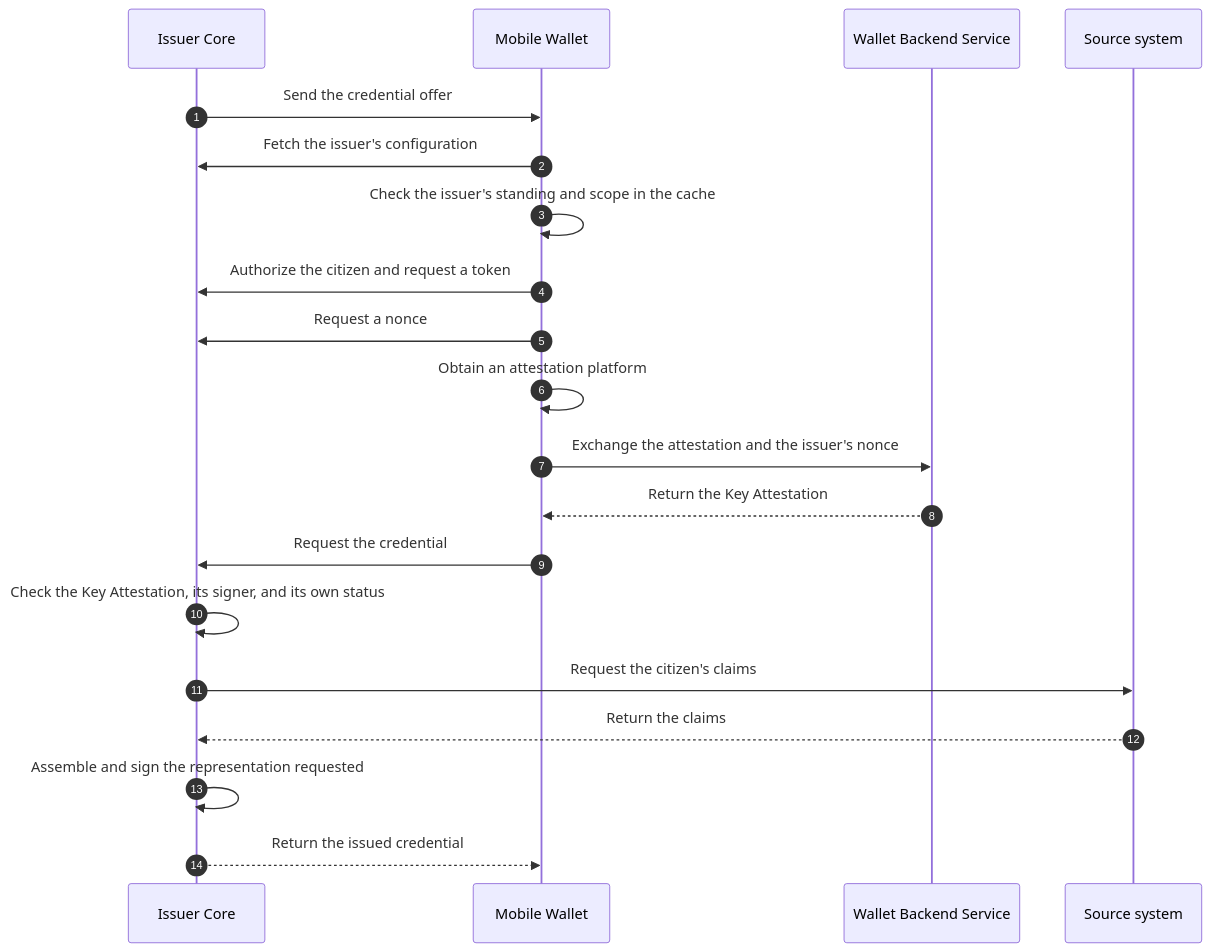
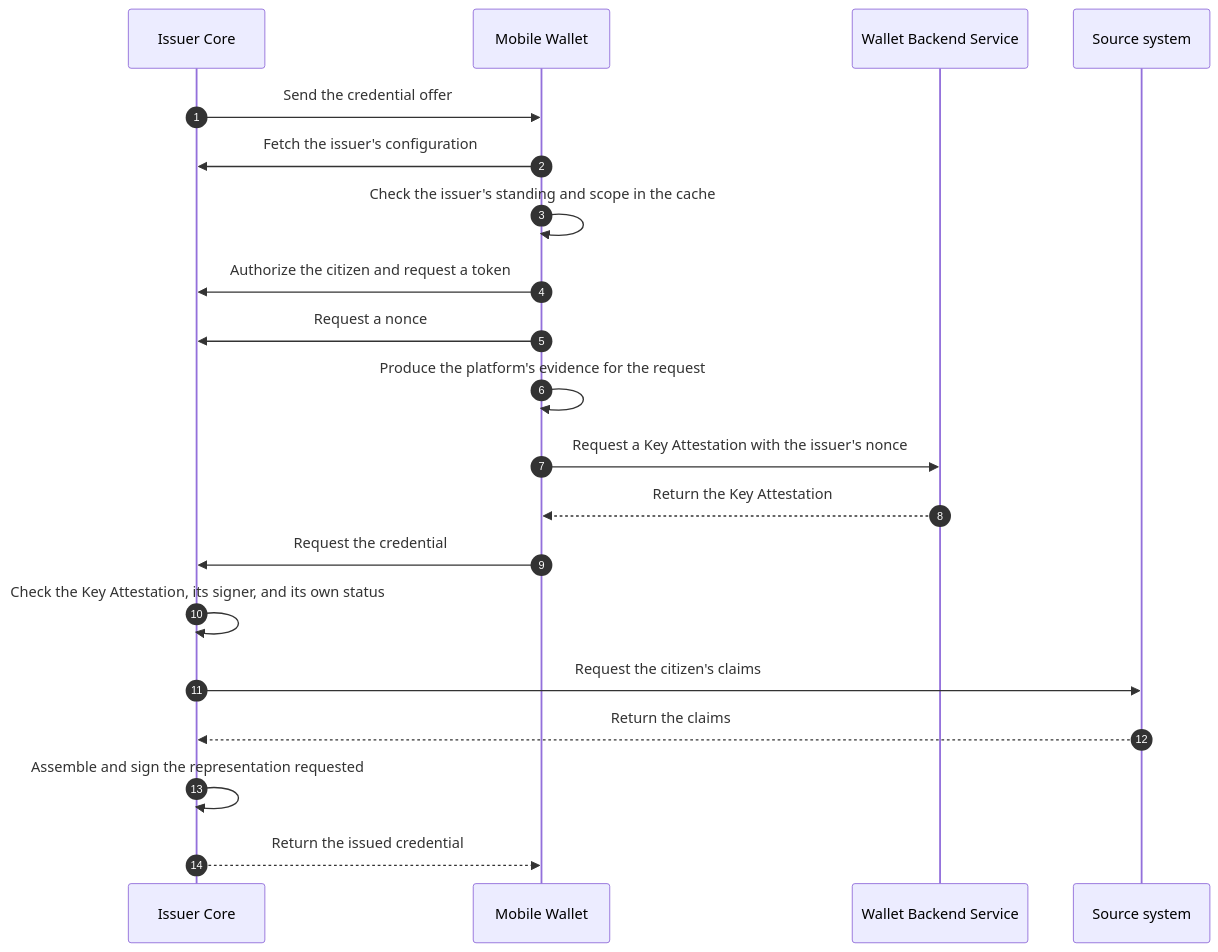
One commit to id-verifiable-credential-dev/id-doc-idctf changed the seventh of 14 diagrams in docs/architecture-framework/high-level-architecture/flows-per-use-case.md. Above: the diagram before and after it, drawn with Mermaid. The commit also changed other lines of this file and 89 other files, not shown here.

````diff
--- a/docs/architecture-framework/high-level-architecture/flows-per-use-case.md
+++ b/docs/architecture-framework/high-level-architecture/flows-per-use-case.md
@@ -589,22 +611,22 @@
 ```mermaid
 sequenceDiagram
     autonumber
     participant IC as Issuer Core
     participant MW as Mobile Wallet
     participant WBS as Wallet Backend Service
     participant SS as Source system
     IC->>MW: Send the credential offer
     MW->>IC: Fetch the issuer's configuration
     MW->>MW: Check the issuer's standing and scope in the cache
     MW->>IC: Authorize the citizen and request a token
     MW->>IC: Request a nonce
-    MW->>MW: Obtain an attestation platform
-    MW->>WBS: Exchange the attestation and the issuer's nonce
+    MW->>MW: Produce the platform's evidence for the request
+    MW->>WBS: Request a Key Attestation with the issuer's nonce
     WBS-->>MW: Return the Key Attestation
     MW->>IC: Request the credential
     IC->>IC: Check the Key Attestation, its signer, and its own status
     IC->>SS: Request the citizen's claims
     SS-->>IC: Return the claims
     IC->>IC: Assemble and sign the representation requested
     IC-->>MW: Return the issued credential
 ```
````
